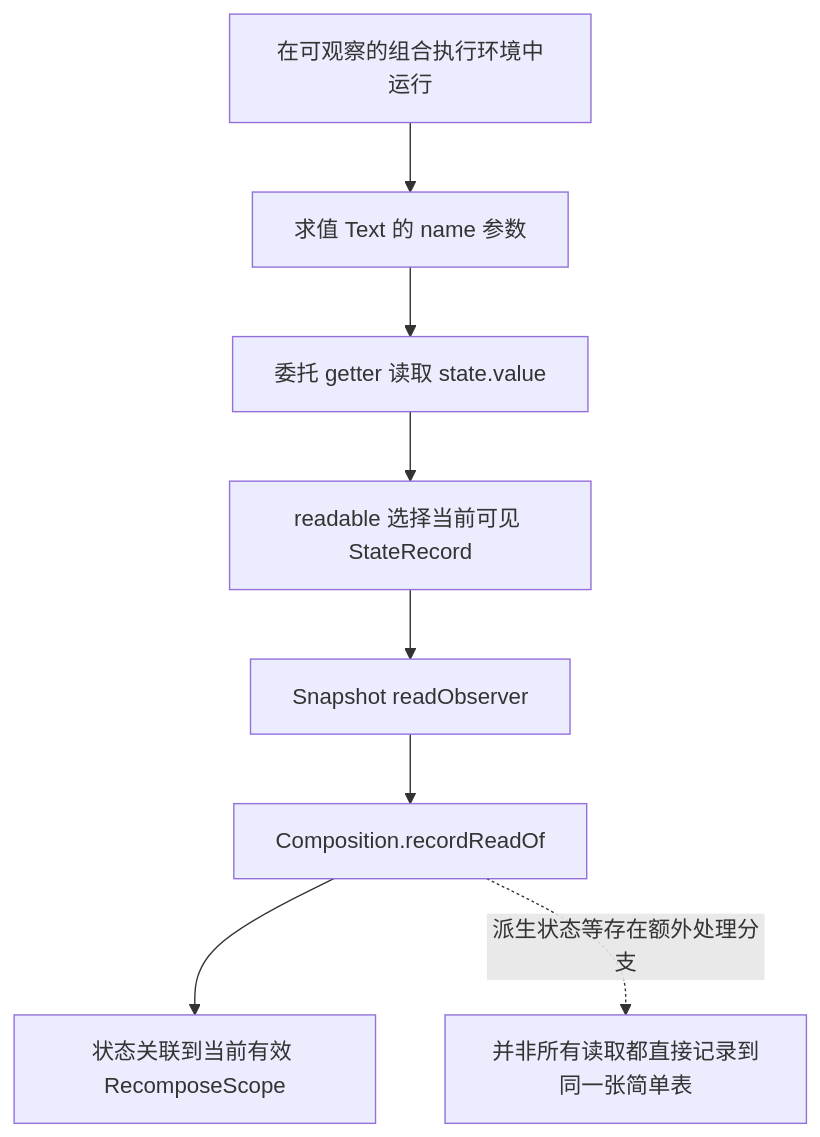
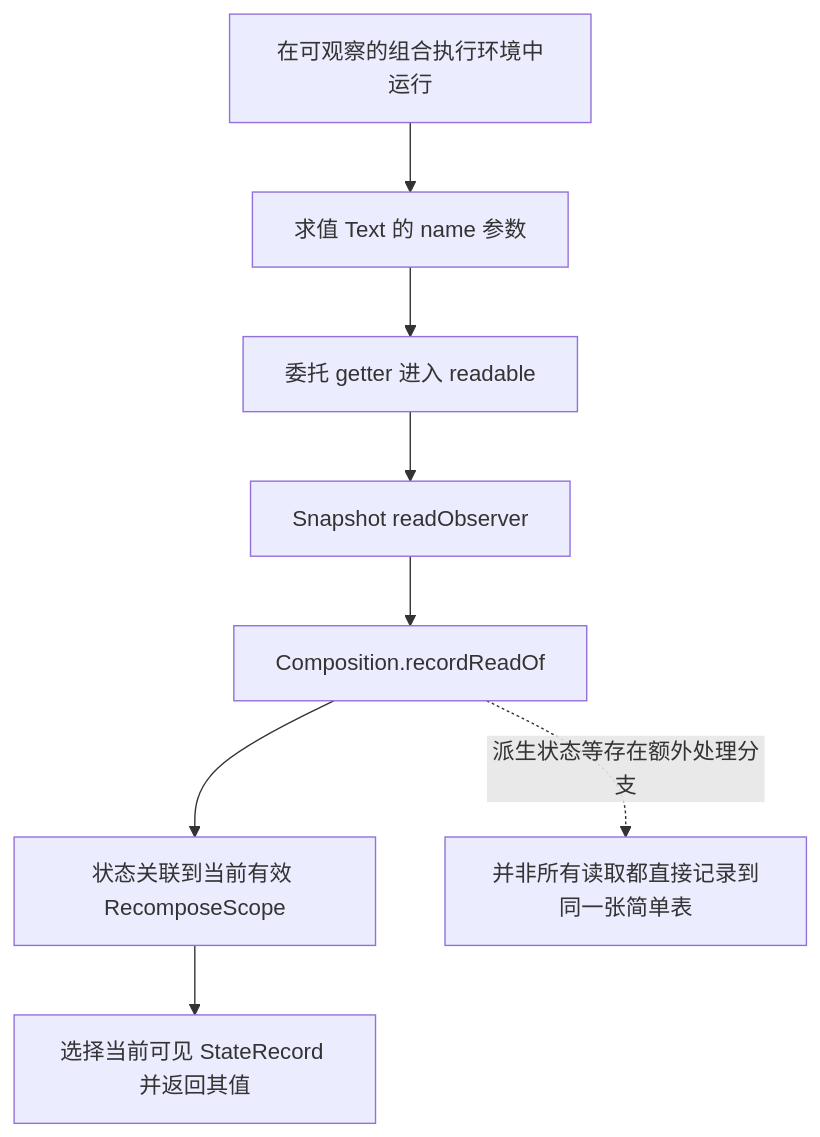
One commit to SunnyLy/SunnyLy.github.io changed the first of 3 diagrams in docs/android/kotlin/compose-state.md. Above: the diagram before and after it, drawn with Mermaid. The commit also changed other lines of this file and 61 other files, not shown here.

````diff
--- a/docs/android/kotlin/compose-state.md
+++ b/docs/android/kotlin/compose-state.md
@@ -74,13 +74,13 @@
 ```mermaid
 flowchart TB
   Run[在可观察的组合执行环境中运行]
   Argument[求值 Text 的 name 参数]
-  Getter[委托 getter 读取 state.value]
-  Record[readable 选择当前可见 StateRecord]
+  Getter[委托 getter 进入 readable]
+  Record[选择当前可见 StateRecord 并返回其值]
   Observer[Snapshot readObserver]
   Track[Composition.recordReadOf]
   Scope[状态关联到当前有效 RecomposeScope]
-  Run --> Argument --> Getter --> Record
-  Record --> Observer --> Track --> Scope
+  Run --> Argument --> Getter --> Observer
+  Observer --> Track --> Scope --> Record
   Track -. 派生状态等存在额外处理分支 .-> Extra[并非所有读取都直接记录到同一张简单表]
 ```
````
